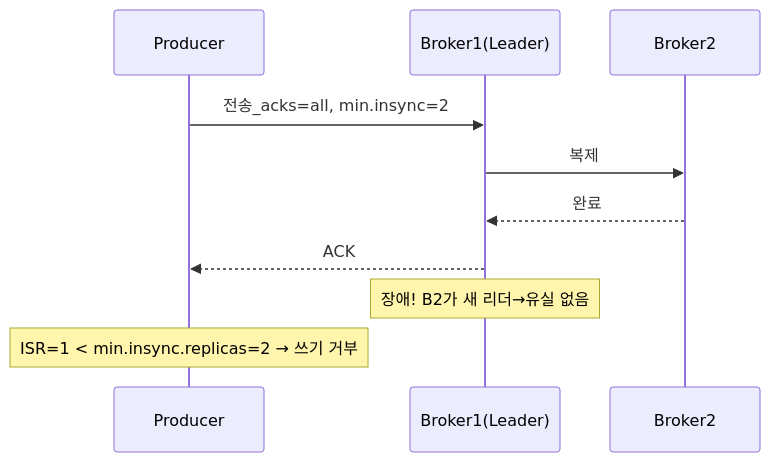
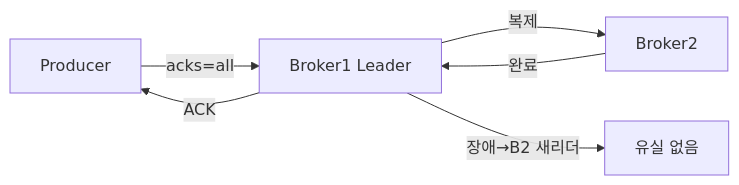
The third of 21 diagrams in _posts/kafka/2026-05-01-kafka-extreme-scenarios.md (yjkim2015/yjkim2015.github.io), drawn with Mermaid before and after one commit. The commit also changed other lines of this file and 84 other files, not shown here.

First line of the commit message:
85개 포스트 Mermaid 다이어그램 규칙 일괄 수정

````diff
--- a/_posts/kafka/2026-05-01-kafka-extreme-scenarios.md
+++ b/_posts/kafka/2026-05-01-kafka-extreme-scenarios.md
@@ -46,12 +42,8 @@
 ```mermaid
-sequenceDiagram
-    participant P as Producer
-    participant B1 as Broker1(Leader)
-    participant B2 as Broker2
-    P->>B1: 전송_acks=all, min.insync=2
-    B1->>B2: 복제
-    B2-->>B1: 완료
-    B1-->>P: ACK
-    Note over B1: 장애! B2가 새 리더→유실 없음
-    Note over P: ISR=1 < min.insync.replicas=2 → 쓰기 거부
+graph LR
+    P["Producer"] -->|"acks=all"| B1["Broker1 Leader"]
+    B1 -->|"복제"| B2["Broker2"]
+    B2 -->|"완료"| B1
+    B1 -->|"ACK"| P
+    B1 -->|"장애→B2 새리더"| SAFE["유실 없음"]
 ```
````
